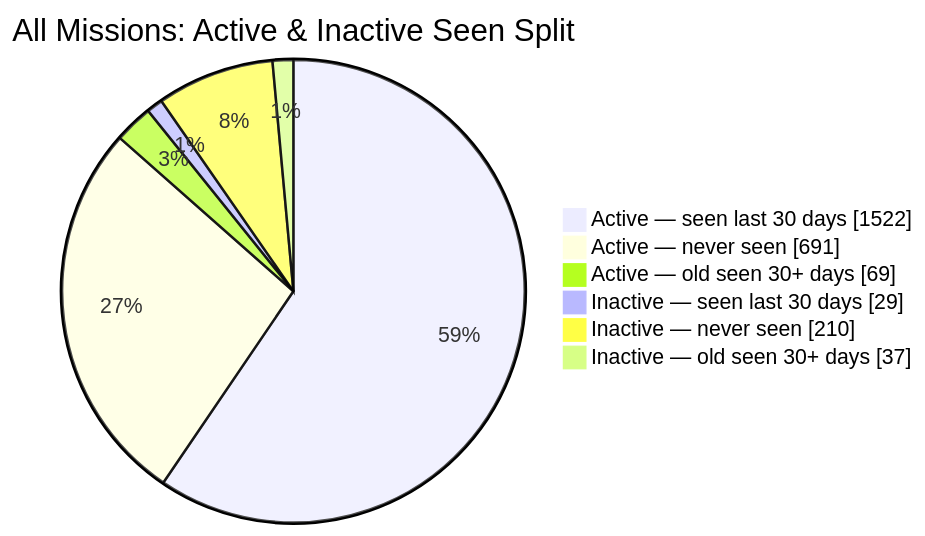
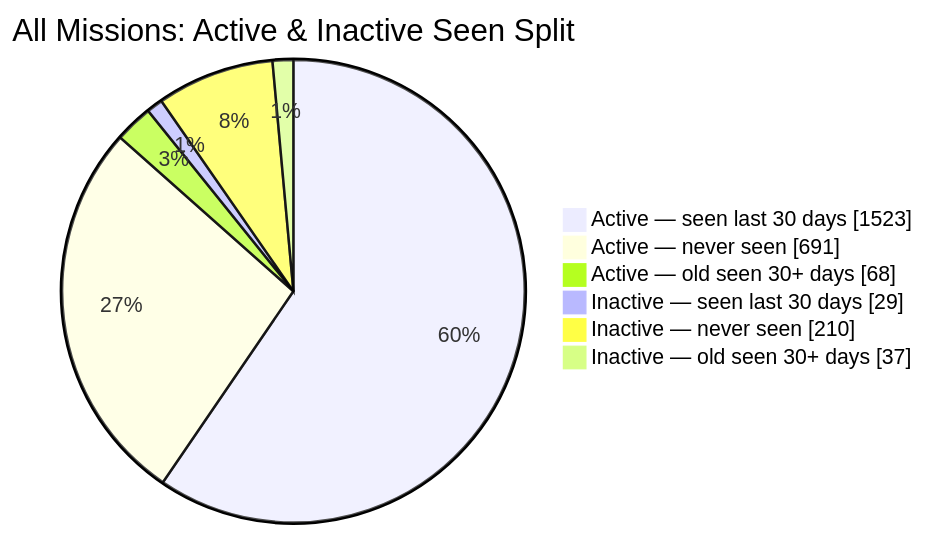
The second of 2 diagrams in README.md (MeldkamerspelGameTeam/active-missions), drawn with Mermaid before and after one commit. The commit also changed other lines of this file and 2 other files, not shown here.

````diff
--- a/README.md
+++ b/README.md
@@ -44,10 +44,10 @@
 ```mermaid
 pie showData
     title All Missions: Active & Inactive Seen Split
-    "Active — seen last 30 days" : 1522
+    "Active — seen last 30 days" : 1523
     "Active — never seen" : 691
-    "Active — old seen 30+ days" : 69
+    "Active — old seen 30+ days" : 68
     "Inactive — seen last 30 days" : 29
     "Inactive — never seen" : 210
     "Inactive — old seen 30+ days" : 37
 ```
````
